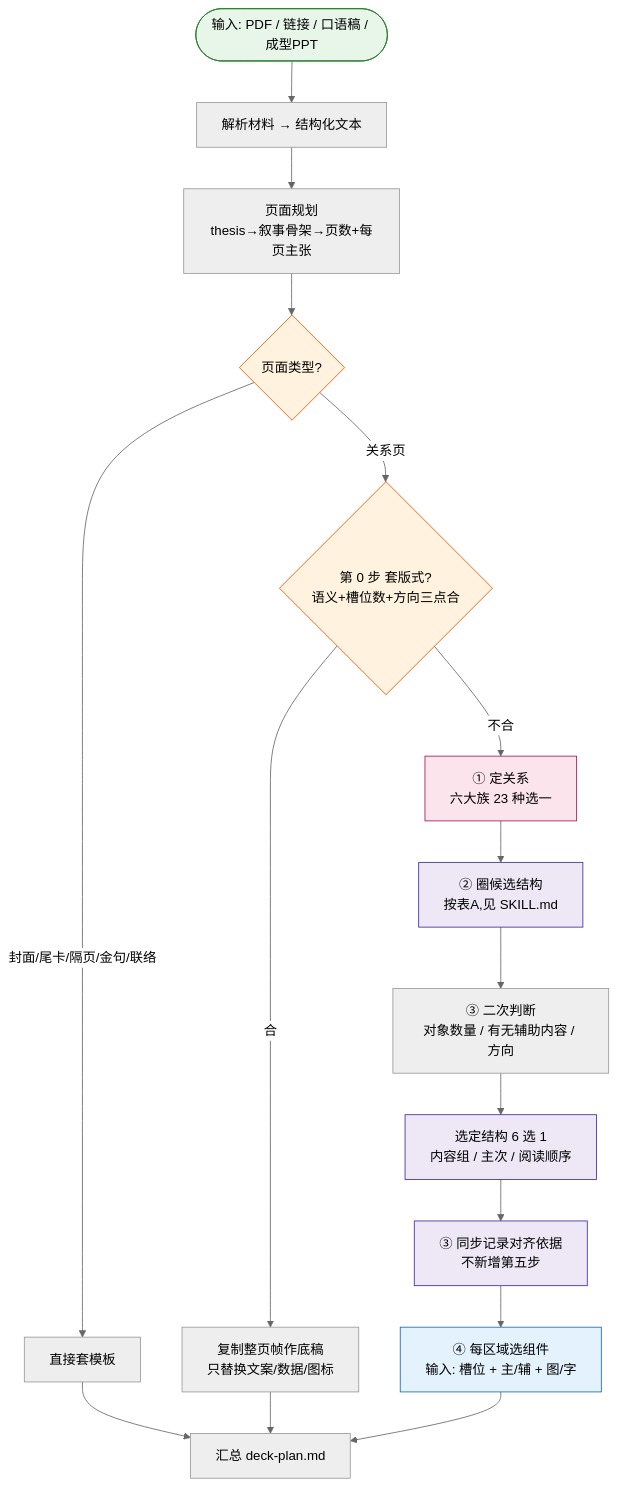
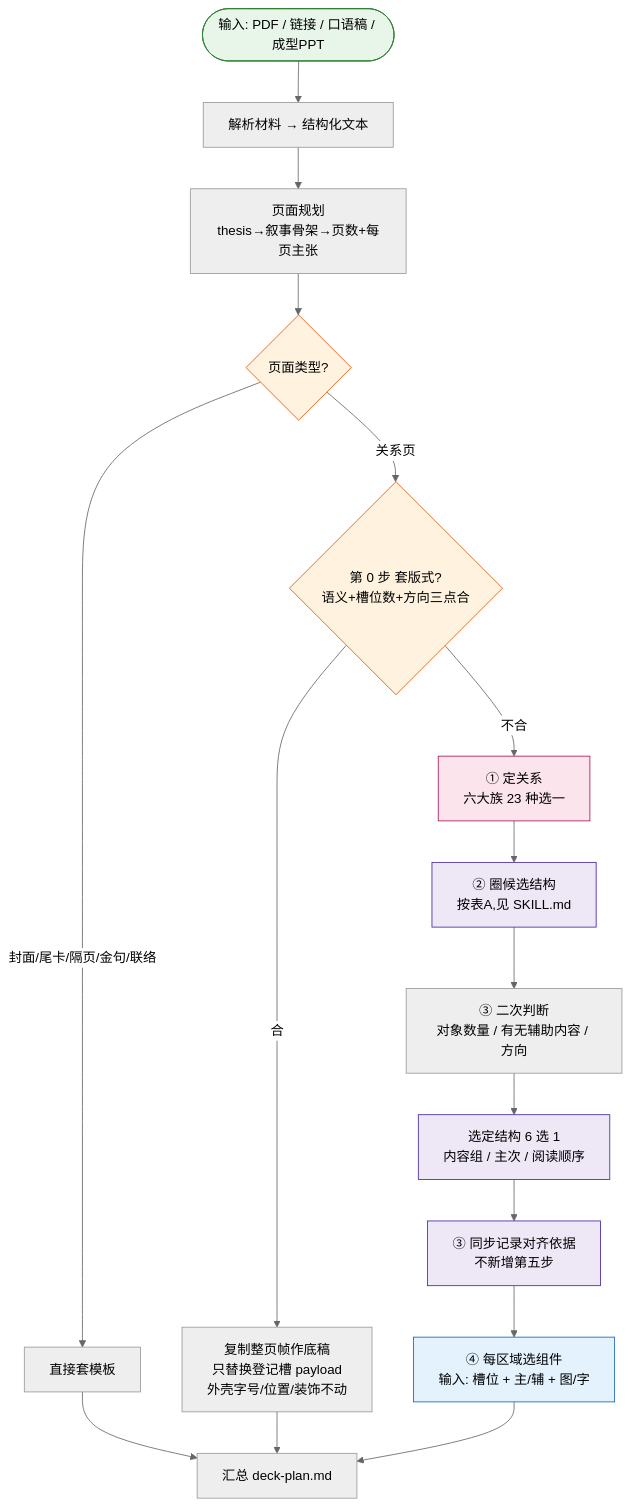
Before and after one commit to WiseWong6/wise-ppt: the diagram in skill-design.md, drawn with Mermaid (neutral theme). The commit also changed other lines of this file and 34 other files, not shown here.

````diff
--- a/skill-design.md
+++ b/skill-design.md
@@ -11,37 +11,37 @@
 ```mermaid
 flowchart TD
     Start([输入: PDF / 链接 / 口语稿 / 成型PPT]) --> Parse[解析材料 → 结构化文本]
 
     Parse --> Plan[页面规划<br/>thesis→叙事骨架→页数+每页主张]
 
     Plan --> PType{页面类型?}
     PType -->|"封面/尾卡/隔页/金句/联络"| Template[直接套模板]
     PType -->|关系页| Fit{第 0 步 套版式?<br/>语义+槽位数+方向三点合}
 
-    Fit -->|合| CopyFrame[复制整页帧作底稿<br/>只替换文案/数据/图标]
+    Fit -->|合| CopyFrame[复制整页帧作底稿<br/>只替换登记槽 payload<br/>外壳字号/位置/装饰不动]
     Fit -->|不合| Relation[① 定关系<br/>六大族 23 种选一]
 
     Relation --> Struct[② 圈候选结构<br/>按表A,见 SKILL.md]
 
     Struct --> Judge[③ 二次判断<br/>对象数量 / 有无辅助内容 / 方向]
 
     Judge --> Sel[选定结构 6 选 1<br/>内容组 / 主次 / 阅读顺序]
 
     Sel --> Align[③ 同步记录对齐依据<br/>不新增第五步]
 
     Align --> Comp[④ 每区域选组件<br/>输入: 槽位 + 主/辅 + 图/字]
 
     Comp --> Deck[汇总 deck-plan.md]
 
     Template --> Deck
     CopyFrame --> Deck
 
     style Start fill:#e8f5e9,stroke:#2e7d32
     style PType fill:#fff3e0,stroke:#e65100
     style Fit fill:#fff3e0,stroke:#e65100
     style Relation fill:#fce4ec,stroke:#ad1457
     style Struct fill:#ede7f6,stroke:#4527a0
     style Sel fill:#ede7f6,stroke:#4527a0
     style Align fill:#ede7f6,stroke:#4527a0
     style Comp fill:#e3f2fd,stroke:#1565c0
 ```
````
